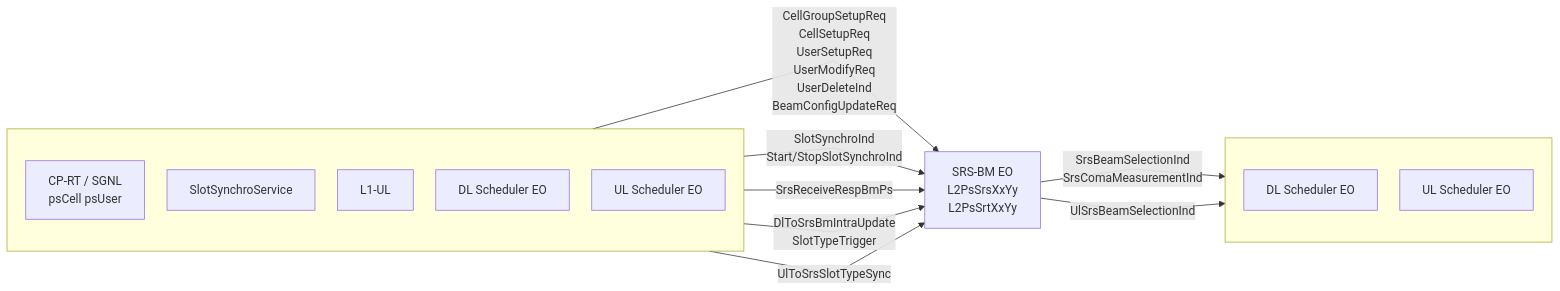
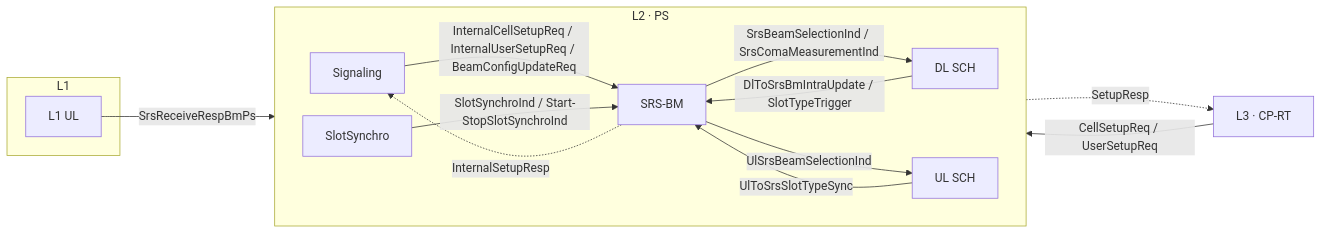
One commit to wanghaven/note changed the first of 17 diagrams in work/nokia/development/code/l2ps/l2ps_srsbm.md. Above: the diagram before and after it, drawn with Mermaid. The commit also changed other lines of this file and 8 other files, not shown here.

````diff
--- a/work/nokia/development/code/l2ps/l2ps_srsbm.md
+++ b/work/nokia/development/code/l2ps/l2ps_srsbm.md
@@ -13,29 +13,41 @@
 ```mermaid
-%%{init: {"flowchart": {"curve": "linear", "nodeSpacing": 30, "rankSpacing": 60}}}%%
+%%{init: {"flowchart": {"curve": "basis", "nodeSpacing": 30, "rankSpacing": 50}}}%%
 flowchart LR
-    subgraph Inputs[" "]
-        direction TB
-        CPRT[CP-RT / SGNL<br/>psCell psUser]
-        Platform[SlotSynchroService]
-        L1UL[L1-UL]
-        DLSCH_IN[DL Scheduler EO]
-        ULSCH_IN[UL Scheduler EO]
+    %% External sources
+    CPRT["L3 · CP-RT"]
+
+    %% L2-PS subgraph
+    subgraph L2PS["L2 · PS"]
+        direction LR
+        SGNL["Signaling"]
+        SYNC[SlotSynchro]
+        DLSCH[DL SCH]
+        ULSCH[UL SCH]
+        SRSBM[SRS-BM]
     end
 
-    SRSBM[SRS-BM EO<br/>L2PsSrsXxYy<br/>L2PsSrtXxYy]
-
-    subgraph Outputs[" "]
-        direction TB
-        DLSCH_OUT[DL Scheduler EO]
-        ULSCH_OUT[UL Scheduler EO]
+    %% L1 subgraph
+    subgraph L1["L1"]
+        L1RX[L1 UL]
     end
 
-    CPRT -->|CellGroupSetupReq<br/>CellSetupReq<br/>UserSetupReq<br/>UserModifyReq<br/>UserDeleteInd<br/>BeamConfigUpdateReq| SRSBM
-    Platform -->|SlotSynchroInd<br/>Start/StopSlotSynchroInd| SRSBM
-    L1UL -->|SrsReceiveRespBmPs| SRSBM
-    DLSCH_IN -->|DlToSrsBmIntraUpdate<br/>SlotTypeTrigger| SRSBM
-    ULSCH_IN -->|UlToSrsSlotTypeSync| SRSBM
+    %% L3 → SGNL → SRS-BM
+    CPRT -->|CellSetupReq / UserSetupReq| SGNL
+    SGNL -->|InternalCellSetupReq / InternalUserSetupReq / BeamConfigUpdateReq| SRSBM
 
-    SRSBM -->|SrsBeamSelectionInd<br/>SrsComaMeasurementInd| DLSCH_OUT
-    SRSBM -->|UlSrsBeamSelectionInd| ULSCH_OUT
+    %% L2-PS internal inputs
+    SYNC -->|SlotSynchroInd / Start-StopSlotSynchroInd| SRSBM
+    DLSCH -->|DlToSrsBmIntraUpdate / SlotTypeTrigger| SRSBM
+    ULSCH -->|UlToSrsSlotTypeSync| SRSBM
+
+    %% L1 feedback
+    L1RX -->|SrsReceiveRespBmPs| SRSBM
+
+    %% SRS-BM outputs
+    SRSBM -->|SrsBeamSelectionInd / SrsComaMeasurementInd| DLSCH
+    SRSBM -->|UlSrsBeamSelectionInd| ULSCH
+
+    %% Responses
+    SRSBM -.->|InternalSetupResp| SGNL
+    SGNL -.->|SetupResp| CPRT
 ```
````
